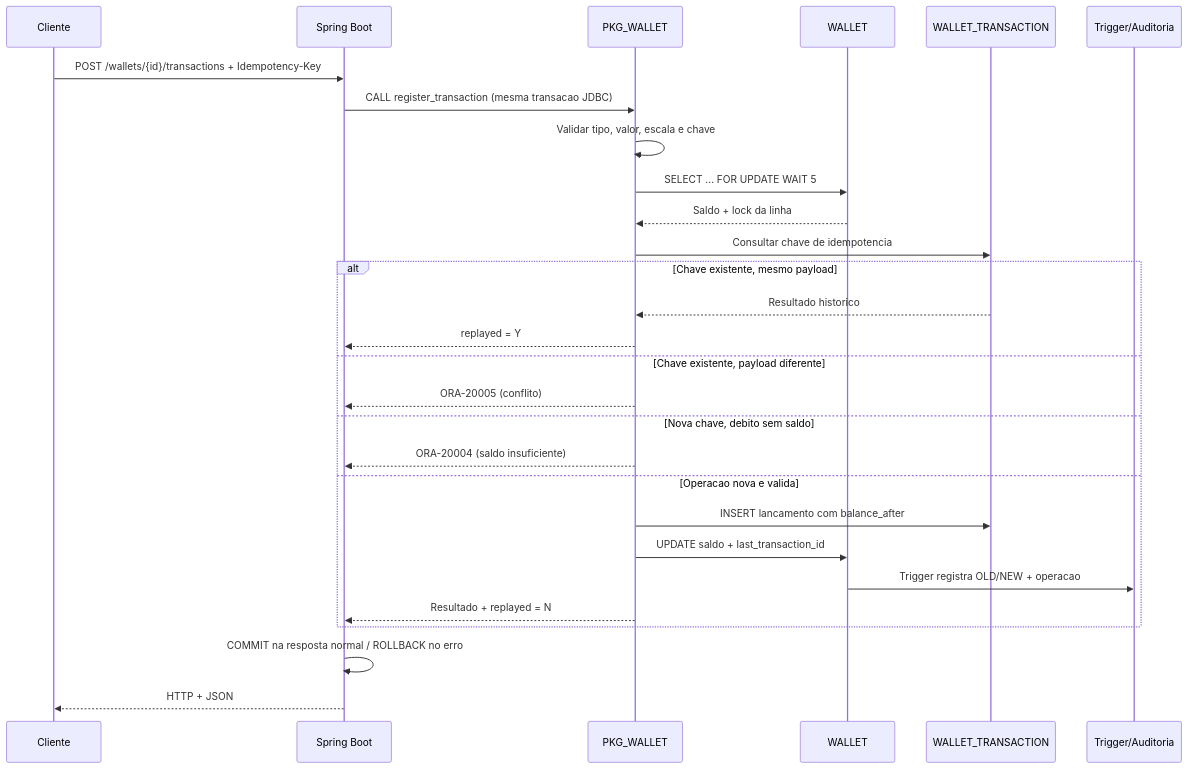
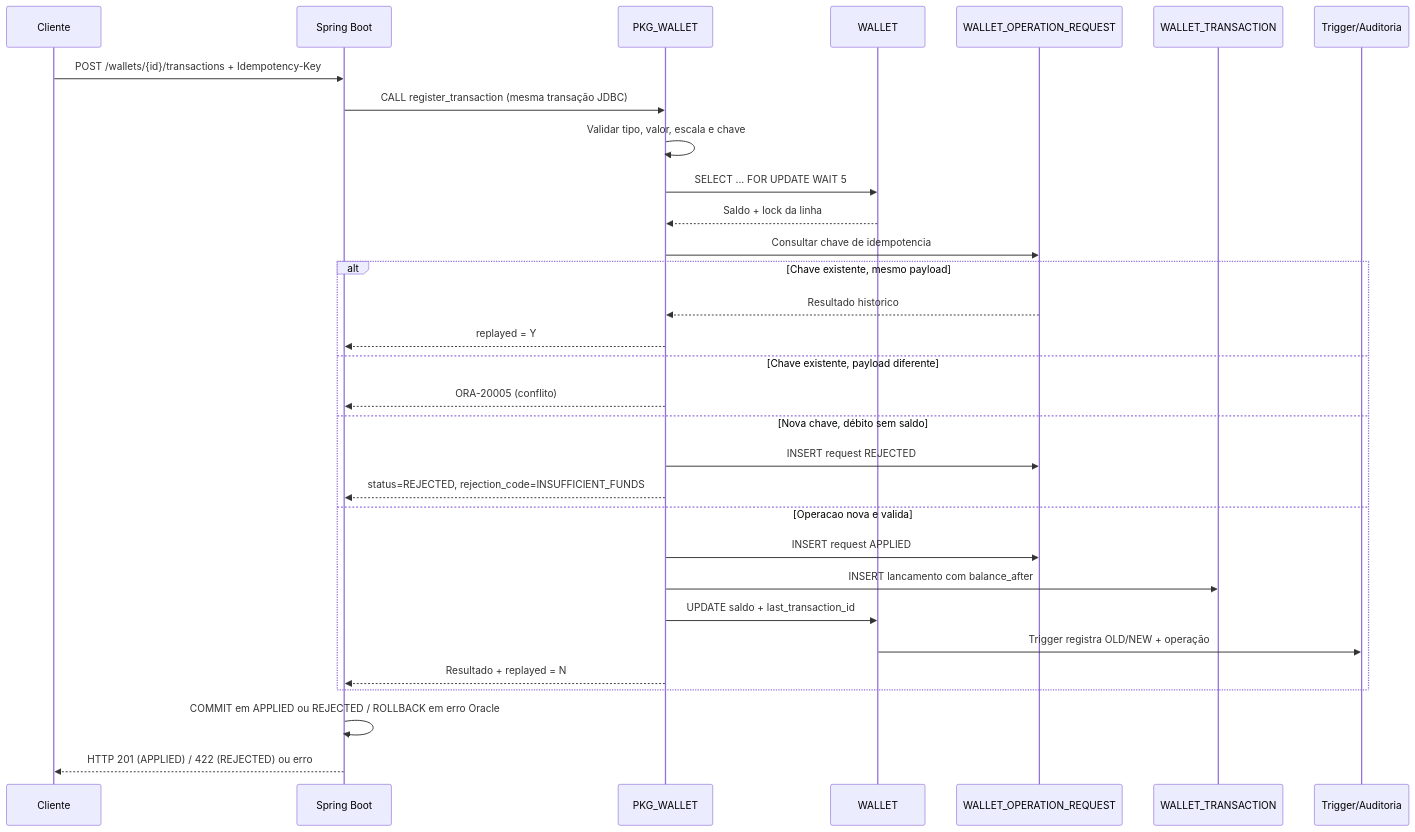
The second of 2 diagrams in docs/architecture.md (IgorLana/wallet-api-oracle), drawn with Mermaid before and after one commit. The commit also changed other lines of this file and 23 other files, not shown here.

````diff
--- a/docs/architecture.md
+++ b/docs/architecture.md
@@ -122,30 +124,33 @@
 ```mermaid
 sequenceDiagram
     participant C as Cliente
     participant J as Spring Boot
     participant P as PKG_WALLET
     participant W as WALLET
+    participant R as WALLET_OPERATION_REQUEST
     participant T as WALLET_TRANSACTION
     participant A as Trigger/Auditoria
     C->>J: POST /wallets/{id}/transactions + Idempotency-Key
-    J->>P: CALL register_transaction (mesma transacao JDBC)
+    J->>P: CALL register_transaction (mesma transação JDBC)
     P->>P: Validar tipo, valor, escala e chave
     P->>W: SELECT ... FOR UPDATE WAIT 5
     W-->>P: Saldo + lock da linha
-    P->>T: Consultar chave de idempotencia
+    P->>R: Consultar chave de idempotencia
     alt Chave existente, mesmo payload
-        T-->>P: Resultado historico
+        R-->>P: Resultado historico
         P-->>J: replayed = Y
     else Chave existente, payload diferente
         P-->>J: ORA-20005 (conflito)
-    else Nova chave, debito sem saldo
-        P-->>J: ORA-20004 (saldo insuficiente)
+    else Nova chave, débito sem saldo
+        P->>R: INSERT request REJECTED
+        P-->>J: status=REJECTED, rejection_code=INSUFFICIENT_FUNDS
     else Operacao nova e valida
+        P->>R: INSERT request APPLIED
         P->>T: INSERT lancamento com balance_after
         P->>W: UPDATE saldo + last_transaction_id
-        W->>A: Trigger registra OLD/NEW + operacao
+        W->>A: Trigger registra OLD/NEW + operação
         P-->>J: Resultado + replayed = N
     end
-    J->>J: COMMIT na resposta normal / ROLLBACK no erro
-    J-->>C: HTTP + JSON
+    J->>J: COMMIT em APPLIED ou REJECTED / ROLLBACK em erro Oracle
+    J-->>C: HTTP 201 (APPLIED) / 422 (REJECTED) ou erro
 ```
````
